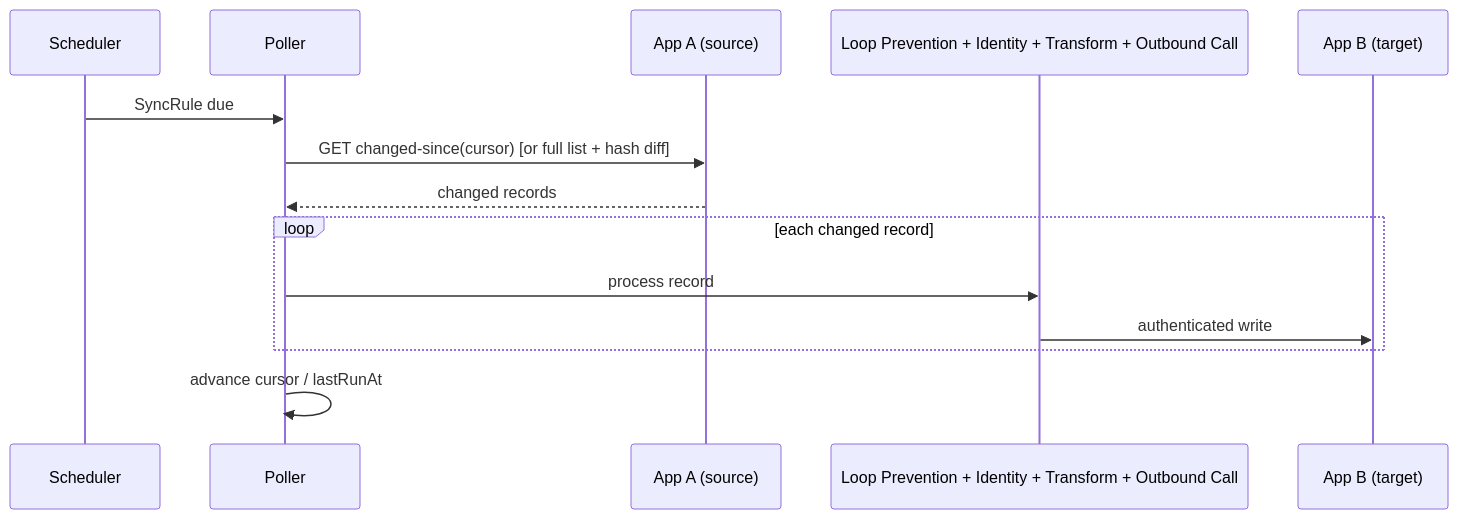
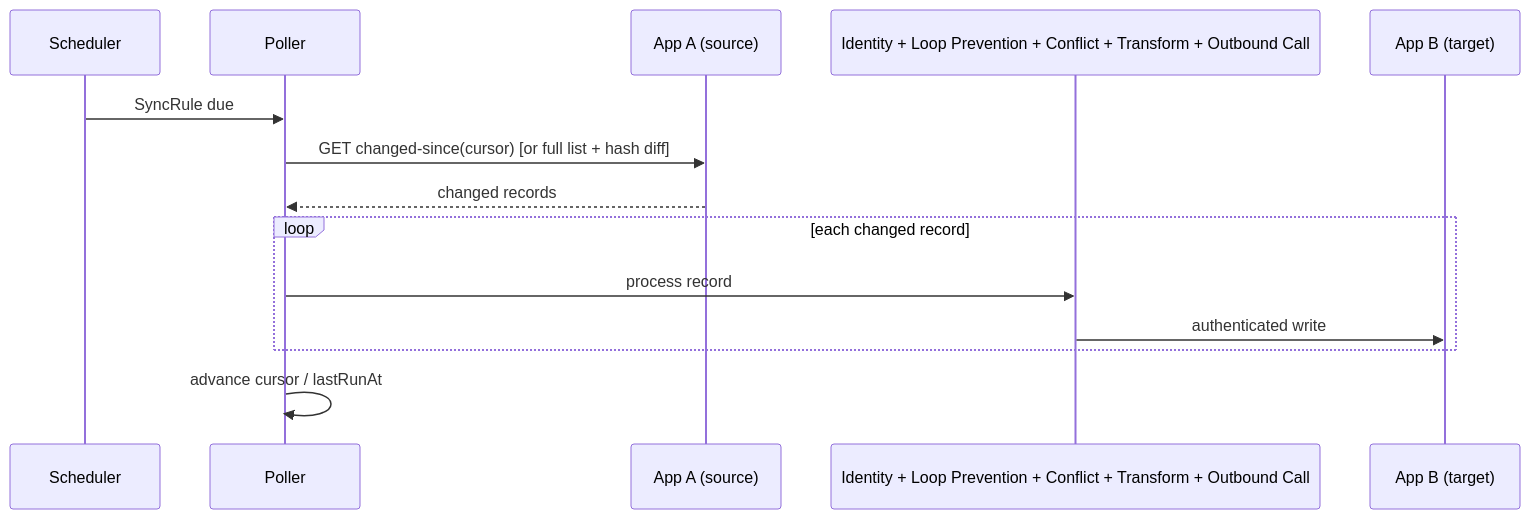
The diagram in docs/flows/sync-polling-pull.md (geprog/api-mediator), drawn with Mermaid before and after one commit. The commit also changed other lines of this file and 14 other files, not shown here.

````diff
--- a/docs/flows/sync-polling-pull.md
+++ b/docs/flows/sync-polling-pull.md
@@ -14,17 +14,17 @@
 ```mermaid
 sequenceDiagram
     participant Sched as Scheduler
     participant Poll as Poller
     participant AppA as App A (source)
-    participant Pipe as Loop Prevention + Identity + Transform + Outbound Call
+    participant Pipe as Identity + Loop Prevention + Conflict + Transform + Outbound Call
     participant AppB as App B (target)
 
     Sched->>Poll: SyncRule due
     Poll->>AppA: GET changed-since(cursor) [or full list + hash diff]
     AppA-->>Poll: changed records
     loop each changed record
         Poll->>Pipe: process record
         Pipe->>AppB: authenticated write
     end
     Poll->>Poll: advance cursor / lastRunAt
 ```
````
